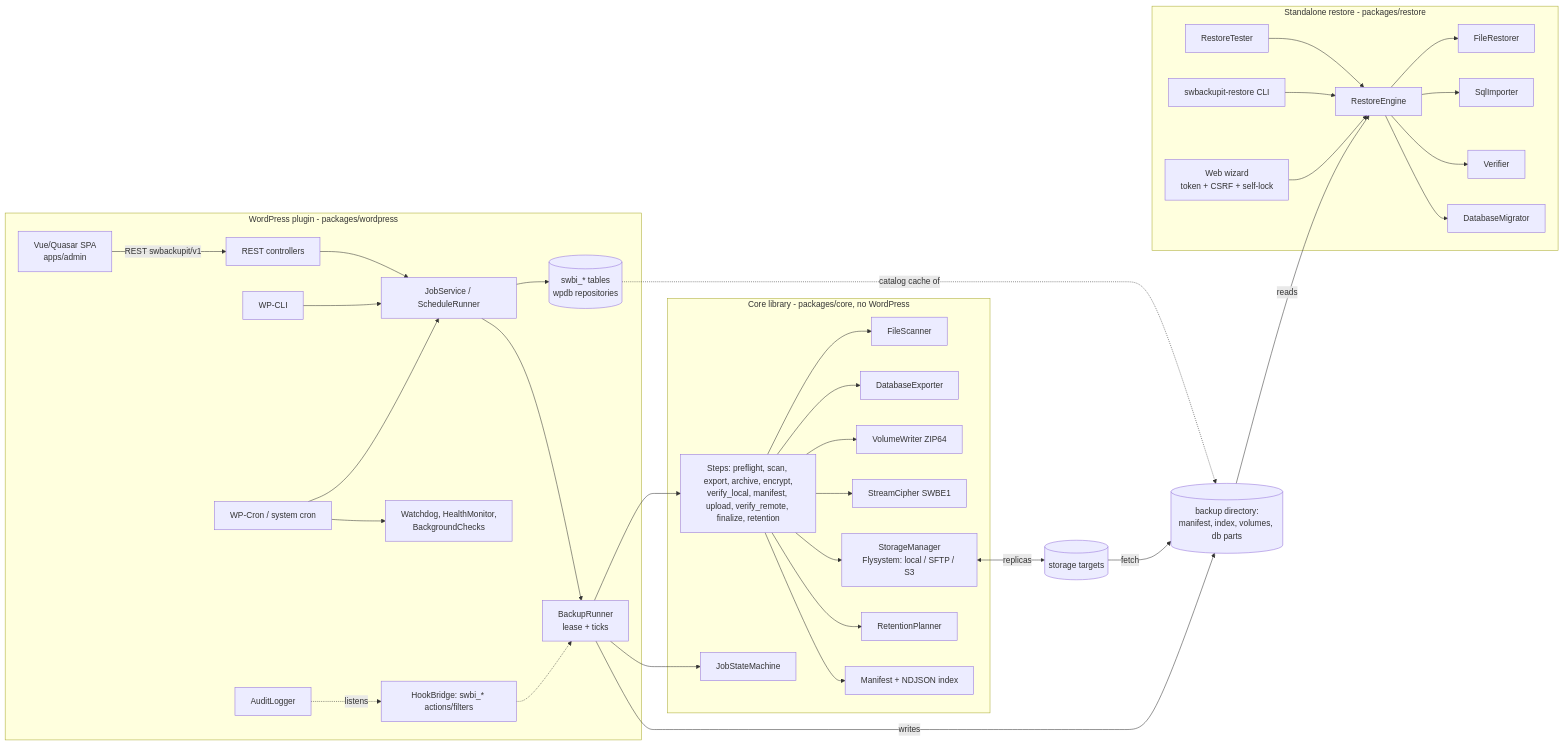
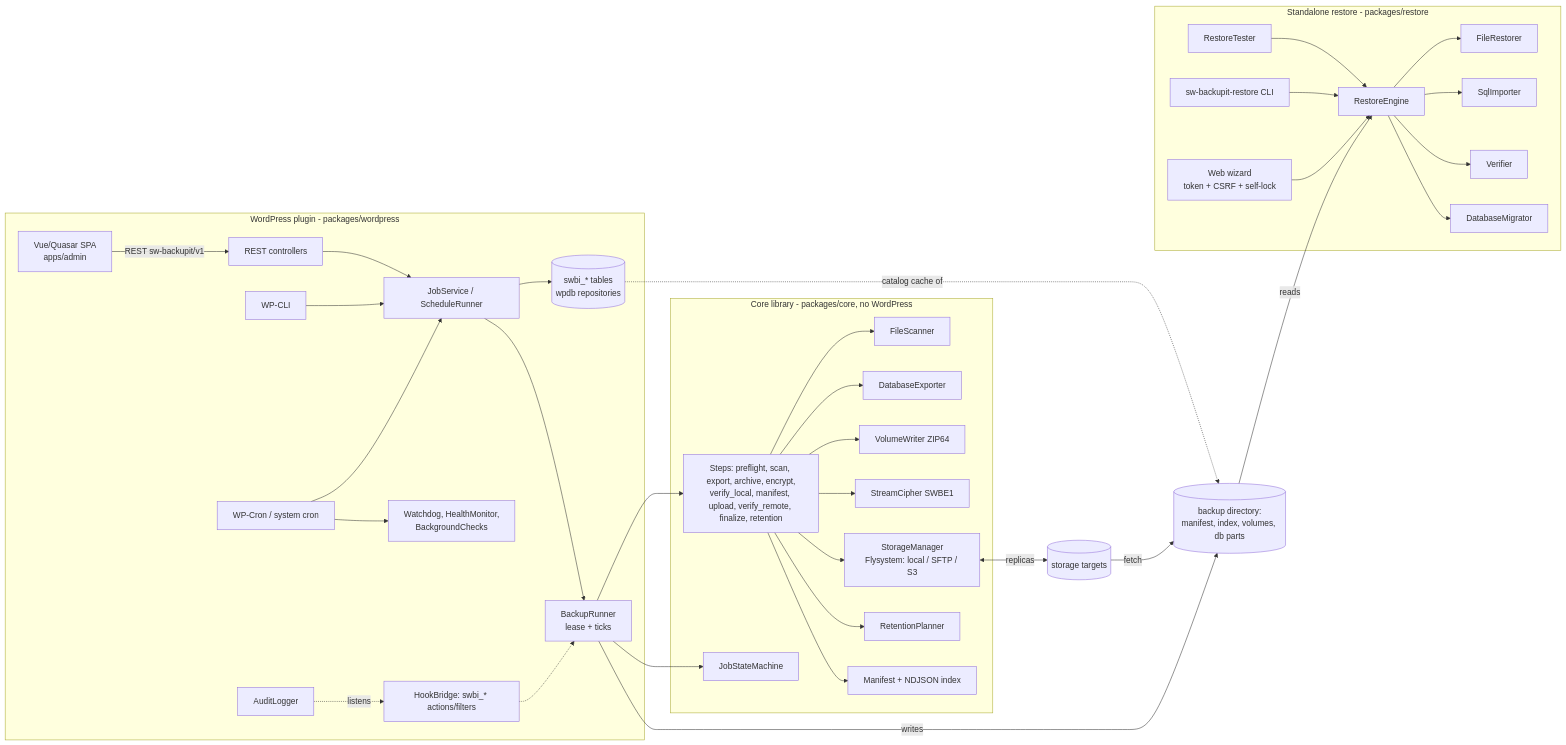
The first of 2 diagrams in docs/architecture.md (sw-wordpress/sw-backupit), drawn with Mermaid before and after one commit. The commit also changed other lines of this file and 150 other files, not shown here.

````diff
--- a/docs/architecture.md
+++ b/docs/architecture.md
@@ -5,33 +5,33 @@
 ```mermaid
 flowchart LR
   subgraph WP[WordPress plugin - packages/wordpress]
-    SPA[Vue/Quasar SPA<br/>apps/admin] -->|REST swbackupit/v1| REST[REST controllers]
+    SPA[Vue/Quasar SPA<br/>apps/admin] -->|REST sw-backupit/v1| REST[REST controllers]
     CLI[WP-CLI] --> SVC
     REST --> SVC[JobService / ScheduleRunner]
     CRON[WP-Cron / system cron] --> SVC
     CRON --> BG[Watchdog, HealthMonitor,<br/>BackgroundChecks]
     SVC --> REPO[(swbi_* tables<br/>wpdb repositories)]
     HOOKS[HookBridge: swbi_* actions/filters] -.-> RUN
     AUDIT[AuditLogger] -.listens.-> HOOKS
   end
   subgraph CORE[Core library - packages/core, no WordPress]
     RUN[BackupRunner<br/>lease + ticks] --> STEPS[Steps: preflight, scan, export, archive, encrypt,<br/>verify_local, manifest, upload, verify_remote, finalize, retention]
     STEPS --> SCAN[FileScanner] & DBX[DatabaseExporter] & ZIP[VolumeWriter ZIP64] & CRY[StreamCipher SWBE1]
     STEPS --> ST[StorageManager<br/>Flysystem: local / SFTP / S3]
     STEPS --> RET[RetentionPlanner]
     RUN --> SM[JobStateMachine]
     STEPS --> MAN[Manifest + NDJSON index]
   end
   subgraph RESTORE[Standalone restore - packages/restore]
     RE[RestoreEngine] --> FR[FileRestorer] & DI[SqlImporter] & VER[Verifier] & MIG[DatabaseMigrator]
     RT[RestoreTester] --> RE
-    RCLI[swbackupit-restore CLI] --> RE
+    RCLI[sw-backupit-restore CLI] --> RE
     WEB[Web wizard<br/>token + CSRF + self-lock] --> RE
   end
   SVC --> RUN
   RUN -->|writes| BK[(backup directory:<br/>manifest, index, volumes, db parts)]
   ST <-->|replicas| REMOTE[(storage targets)]
   BK -->|reads| RE
   REMOTE -->|fetch| BK
   REPO -. catalog cache of .-> BK
 ```
````
